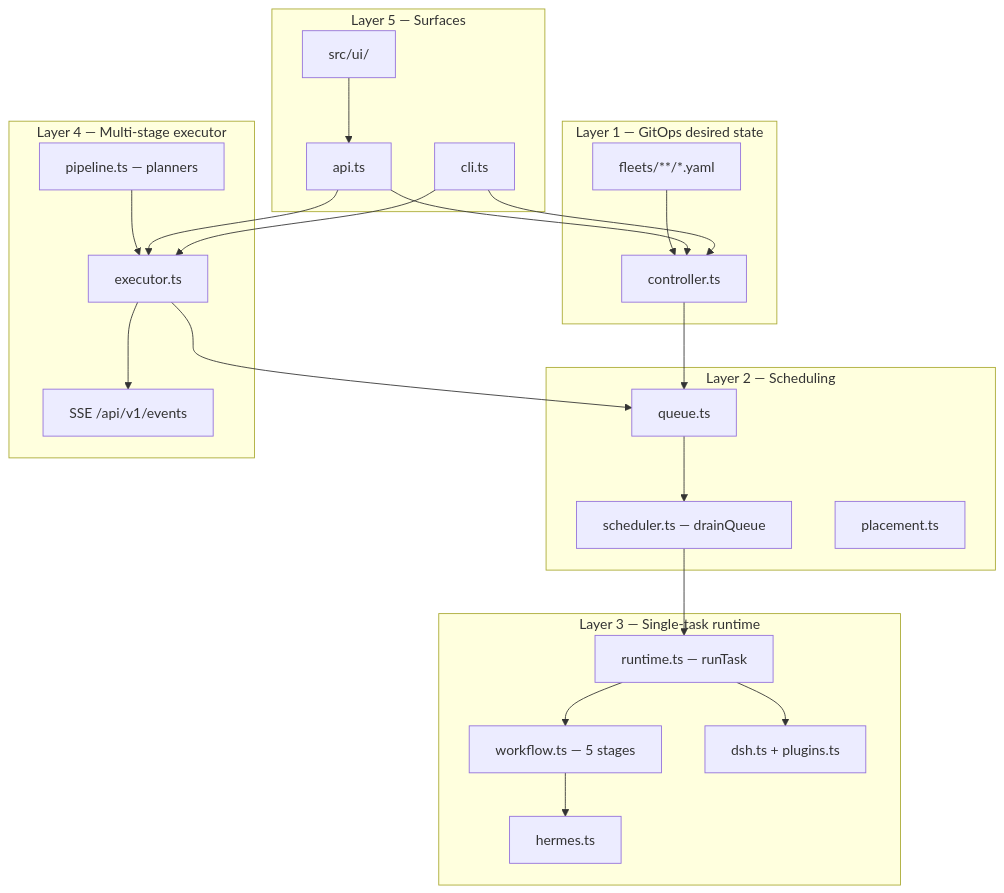
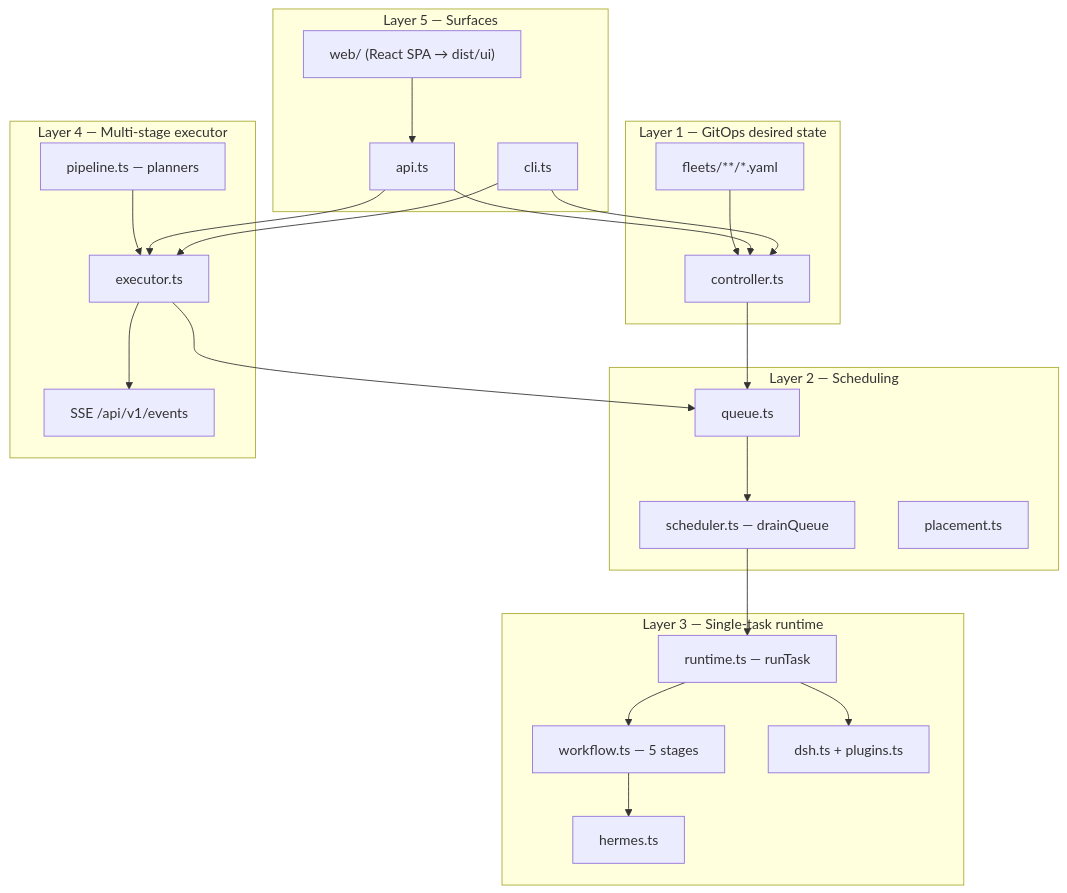
One commit to amirsdream/ropex changed the second of 12 diagrams in docs/architecture.md. Above: the diagram before and after it, drawn with Mermaid. The commit also changed other lines of this file and 10 other files, not shown here.

First line of the commit message:
docs: refresh architecture docs, diagrams, and screenshots for the React SPA (#39)

````diff
--- a/docs/architecture.md
+++ b/docs/architecture.md
@@ -73,44 +73,44 @@
 ```mermaid
 flowchart TB
   subgraph L1["Layer 1 — GitOps desired state"]
     YAML["fleets/**/*.yaml"]
     CTRL["controller.ts"]
   end
 
   subgraph L2["Layer 2 — Scheduling"]
     Q["queue.ts"]
     SCH["scheduler.ts — drainQueue"]
     PLACE["placement.ts"]
   end
 
   subgraph L3["Layer 3 — Single-task runtime"]
     RT["runtime.ts — runTask"]
     WF["workflow.ts — 5 stages"]
     H["hermes.ts"]
     DSH["dsh.ts + plugins.ts"]
   end
 
   subgraph L4["Layer 4 — Multi-stage executor"]
     PIPE["pipeline.ts — planners"]
     EXEC["executor.ts"]
     EV["SSE /api/v1/events"]
   end
 
   subgraph L5["Layer 5 — Surfaces"]
     CLI["cli.ts"]
     API["api.ts"]
-    UI["src/ui/"]
+    UI["web/ (React SPA → dist/ui)"]
   end
 
   YAML --> CTRL --> Q
   Q --> SCH --> RT
   RT --> WF --> H
   RT --> DSH
   PIPE --> EXEC --> Q
   EXEC --> EV
   API --> CTRL
   API --> EXEC
   UI --> API
   CLI --> CTRL
   CLI --> EXEC
 ```
````
